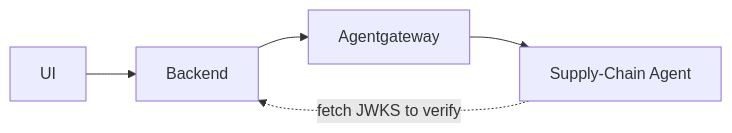
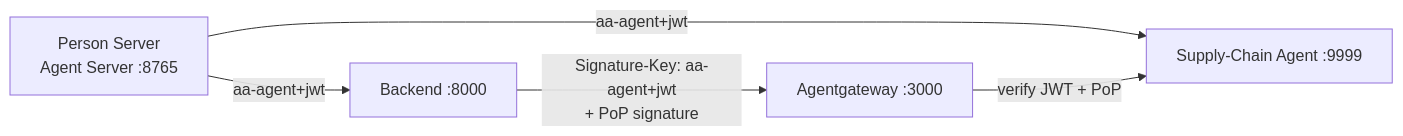
One commit to christian-posta/aauth-full-demo changed the second of 2 diagrams in docs/agent-identity-jwks.md. Above: the diagram before and after it, drawn with Mermaid. The commit also changed other lines of this file and 7 other files, not shown here.

````diff
--- a/docs/agent-identity-jwks.md
+++ b/docs/agent-identity-jwks.md
@@ -185,5 +225,7 @@
 ```mermaid
 flowchart LR
-    UI[UI] --> BE[Backend] --> AGW[Agentgateway] --> SCA[Supply-Chain Agent]
-    SCA -.->|fetch JWKS to verify| BE
+    PS[Person Server\nAgent Server :8765] -->|aa-agent+jwt| BE[Backend :8000]
+    PS -->|aa-agent+jwt| SCA[Supply-Chain Agent :9999]
+    BE -->|Signature-Key: aa-agent+jwt\n+ PoP signature| AGW[Agentgateway :3000]
+    AGW -->|verify JWT + PoP| SCA
 ```
````
